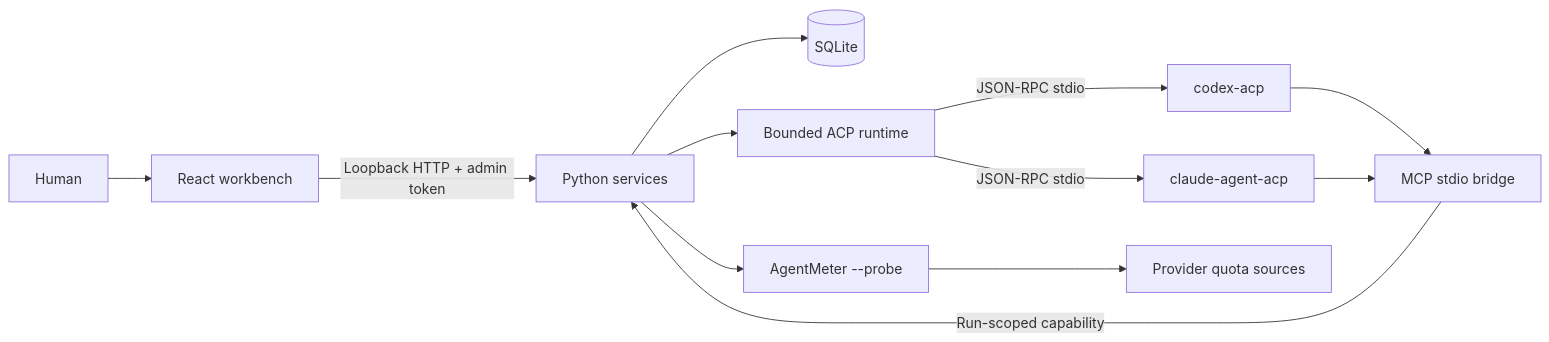
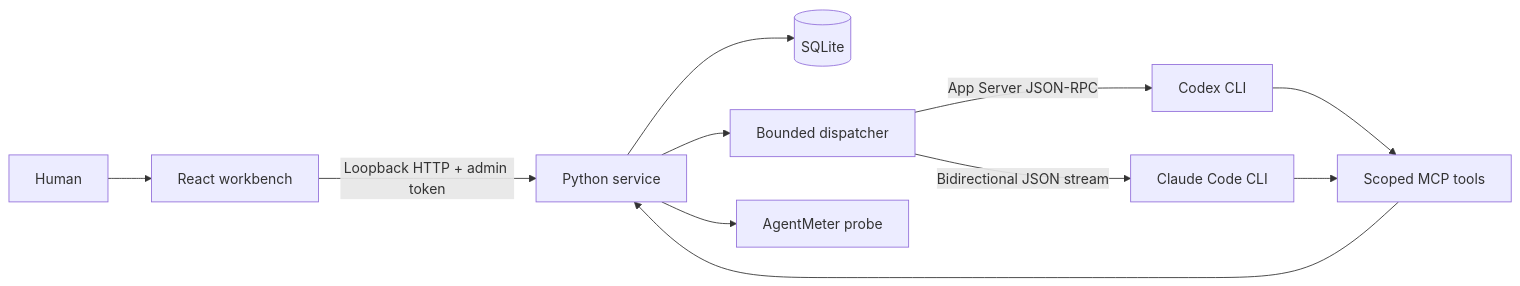
Before and after one commit to NginxL/AgentDock: the first of 3 diagrams in docs/ARCHITECTURE.md, drawn with Mermaid. The commit also changed other lines of this file and 53 other files, not shown here.

````diff
--- a/docs/ARCHITECTURE.md
+++ b/docs/ARCHITECTURE.md
@@ -9,14 +9,13 @@
 ```mermaid
 flowchart LR
   Human[Human] --> UI[React workbench]
-  UI -->|Loopback HTTP + admin token| API[Python services]
+  UI -->|Loopback HTTP + admin token| API[Python service]
   API --> DB[(SQLite)]
-  API --> Runtime[Bounded ACP runtime]
-  Runtime -->|JSON-RPC stdio| Codex[codex-acp]
-  Runtime -->|JSON-RPC stdio| Claude[claude-agent-acp]
-  Codex --> Tools[MCP stdio bridge]
-  Claude --> Tools
-  Tools -->|Run-scoped capability| API
-  API --> Meter[AgentMeter --probe]
-  Meter --> Providers[Provider quota sources]
+  API --> Queue[Bounded dispatcher]
+  Queue -->|App Server JSON-RPC| Codex[Codex CLI]
+  Queue -->|Bidirectional JSON stream| Claude[Claude Code CLI]
+  Codex --> MCP[Scoped MCP tools]
+  Claude --> MCP
+  MCP --> API
+  API --> Meter[AgentMeter probe]
 ```
````
